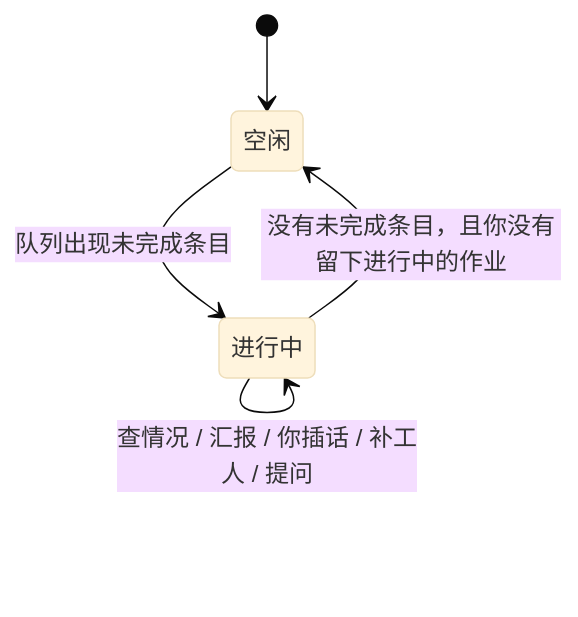
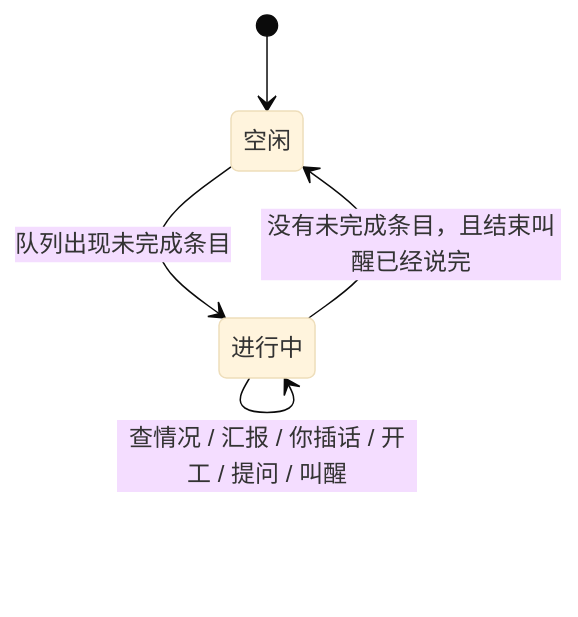
One commit to fukcrz/jarvis changed the diagram in docs/bots.md. Above: the diagram before and after it, drawn with Mermaid (base theme). The commit also changed other lines of this file, not shown here.

````diff
--- a/docs/bots.md
+++ b/docs/bots.md
@@ -197,7 +191,7 @@
 ```mermaid
 stateDiagram-v2
   [*] --> 空闲
   空闲 --> 进行中: 队列出现未完成条目
-  进行中 --> 进行中: 查情况 / 汇报 / 你插话 / 补工人 / 提问
-  进行中 --> 空闲: 没有未完成条目，且你没有留下进行中的作业
+  进行中 --> 进行中: 查情况 / 汇报 / 你插话 / 开工 / 提问 / 叫醒
+  进行中 --> 空闲: 没有未完成条目，且结束叫醒已经说完
 ```
````
